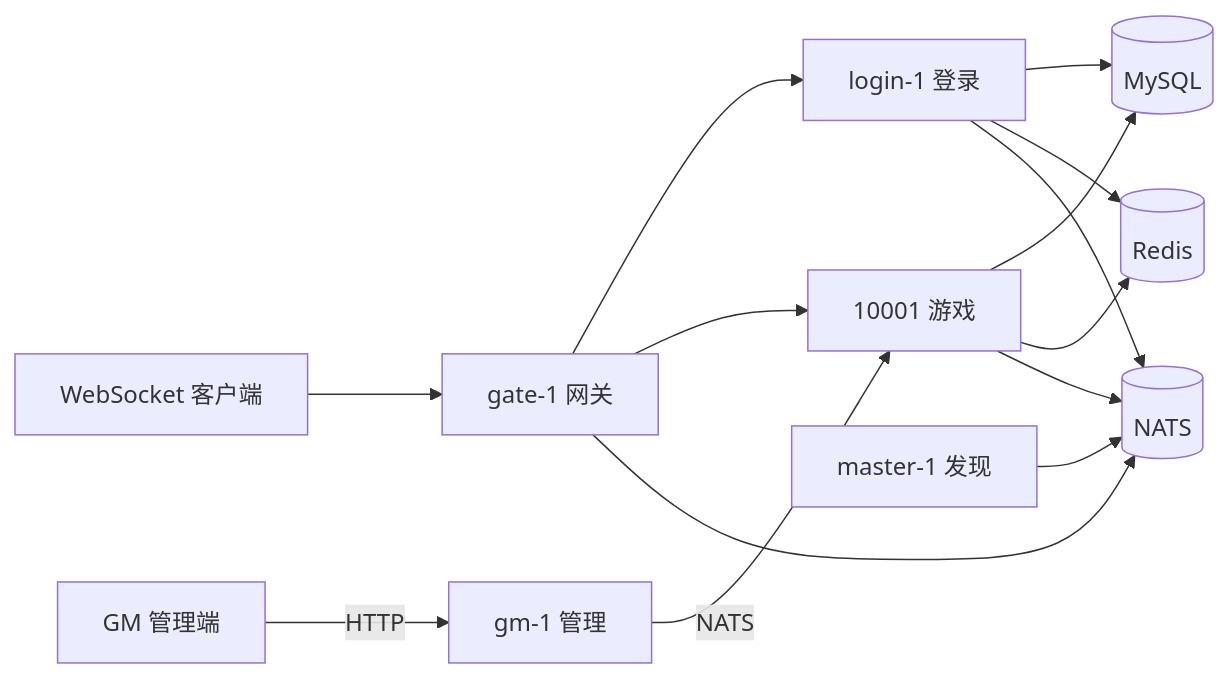
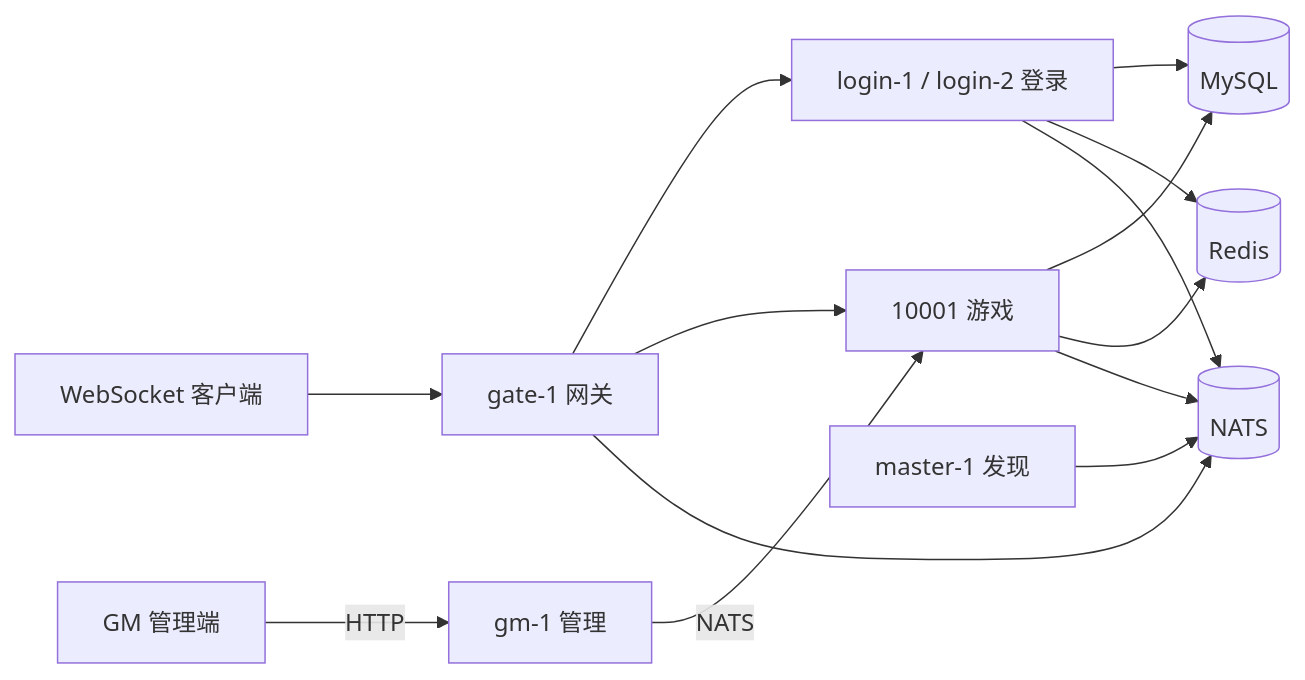
One commit to Gluocheng/mmo-server changed the diagram in README.md. Above: the diagram before and after it, drawn with Mermaid. The commit also changed other lines of this file and 14 other files, not shown here.

````diff
--- a/README.md
+++ b/README.md
@@ -9,27 +9,27 @@
 ```mermaid
 flowchart LR
   Client[WebSocket 客户端]
   Admin[GM 管理端]
   Gate[gate-1 网关]
-  Login[login-1 登录]
+  Login[login-1 / login-2 登录]
   Game[10001 游戏]
   GM[gm-1 管理]
   Master[master-1 发现]
   NATS[(NATS)]
   MySQL[(MySQL)]
   Redis[(Redis)]
 
   Client --> Gate
   Admin -->|HTTP| GM
   Gate --> Login
   Gate --> Game
   GM -->|NATS| Game
   Login --> MySQL
   Login --> Redis
   Game --> MySQL
   Game --> Redis
   Gate --> NATS
   Login --> NATS
   Game --> NATS
   Master --> NATS
 ```
````
